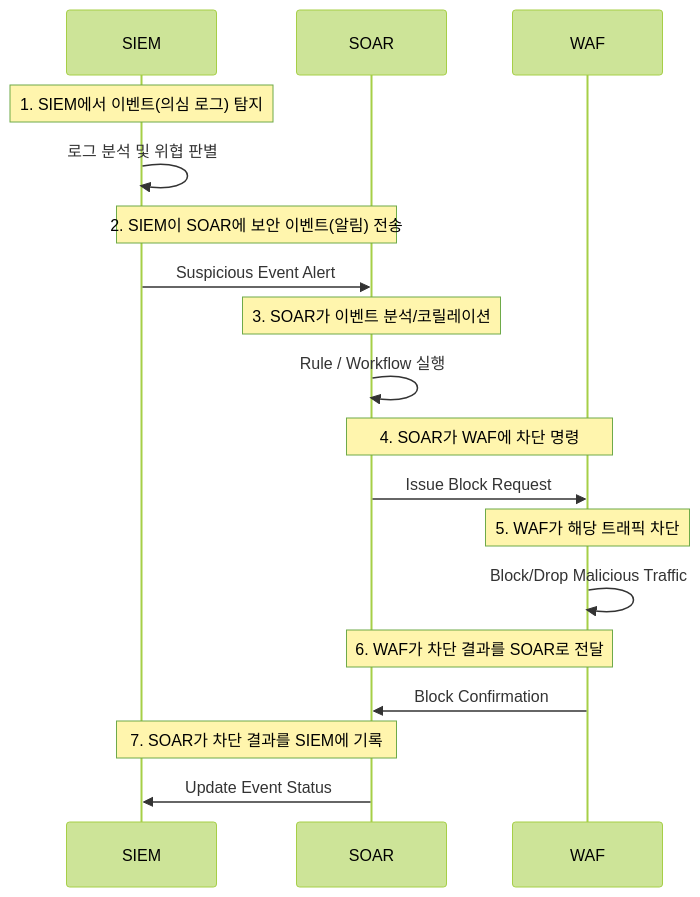
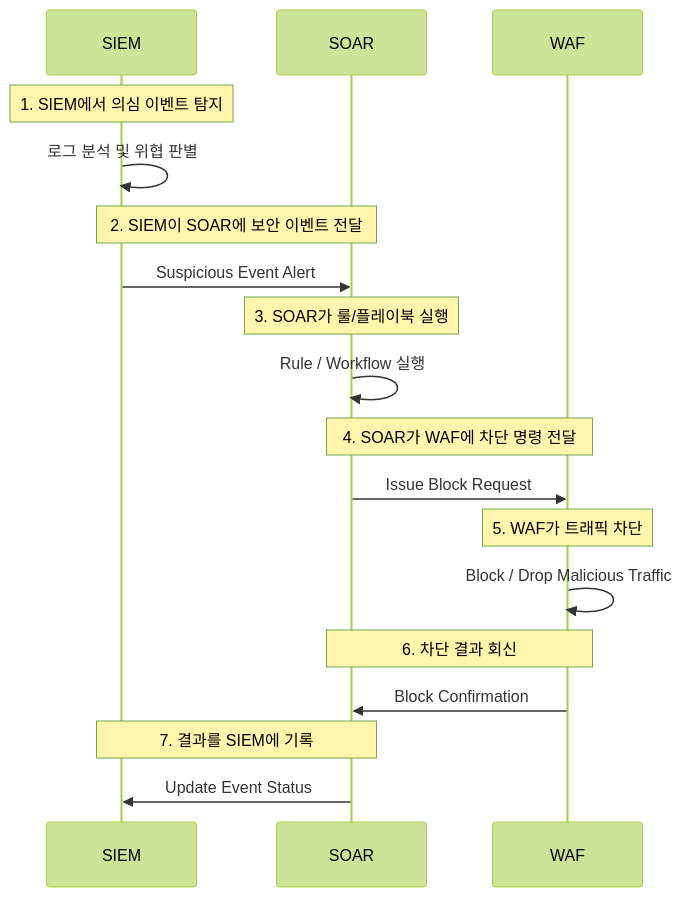
Before and after one commit to qubitsec/blog: the diagram in content/ko/column/why_soar_always_fails.md, drawn with Mermaid (forest theme). The commit also changed other lines of this file, not shown here.

````diff
--- a/content/ko/column/why_soar_always_fails.md
+++ b/content/ko/column/why_soar_always_fails.md
@@ -97,27 +229,27 @@
 ```mermaid
 sequenceDiagram
     participant SIEM as SIEM
     participant SOAR as SOAR
     participant WAF as WAF
 
-    Note over SIEM: 1. SIEM에서 이벤트(의심 로그) 탐지
+    Note over SIEM: 1. SIEM에서 의심 이벤트 탐지
     SIEM ->> SIEM: 로그 분석 및 위협 판별
-    
-    Note over SIEM,SOAR: 2. SIEM이 SOAR에 보안 이벤트(알림) 전송
+
+    Note over SIEM,SOAR: 2. SIEM이 SOAR에 보안 이벤트 전달
     SIEM ->> SOAR: Suspicious Event Alert
 
-    Note over SOAR: 3. SOAR가 이벤트 분석/코릴레이션
+    Note over SOAR: 3. SOAR가 룰/플레이북 실행
     SOAR ->> SOAR: Rule / Workflow 실행
-    
-    Note over SOAR,WAF: 4. SOAR가 WAF에 차단 명령
+
+    Note over SOAR,WAF: 4. SOAR가 WAF에 차단 명령 전달
     SOAR ->> WAF: Issue Block Request
 
-    Note over WAF: 5. WAF가 해당 트래픽 차단
-    WAF ->> WAF: Block/Drop Malicious Traffic
-    
-    Note over WAF,SOAR: 6. WAF가 차단 결과를 SOAR로 전달
+    Note over WAF: 5. WAF가 트래픽 차단
+    WAF ->> WAF: Block / Drop Malicious Traffic
+
+    Note over WAF,SOAR: 6. 차단 결과 회신
     WAF ->> SOAR: Block Confirmation
-    
-    Note over SOAR,SIEM: 7. SOAR가 차단 결과를 SIEM에 기록
+
+    Note over SOAR,SIEM: 7. 결과를 SIEM에 기록
     SOAR ->> SIEM: Update Event Status
 ```
````
